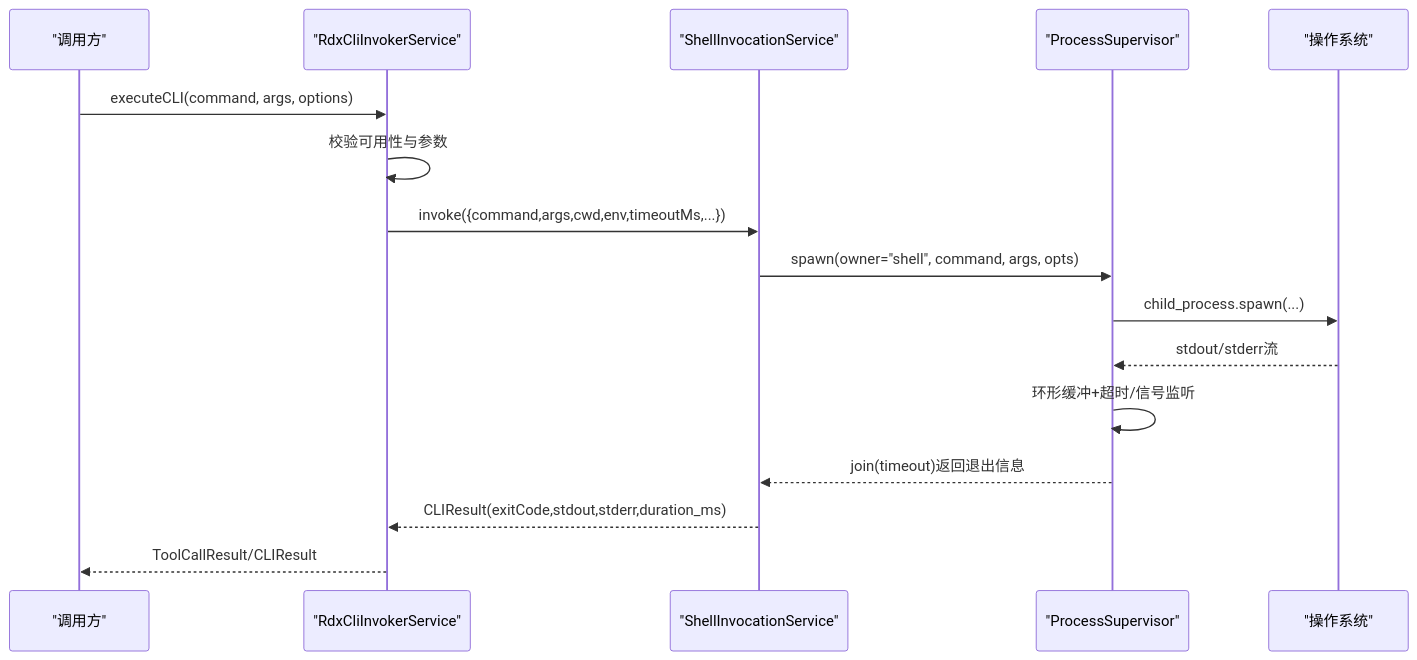
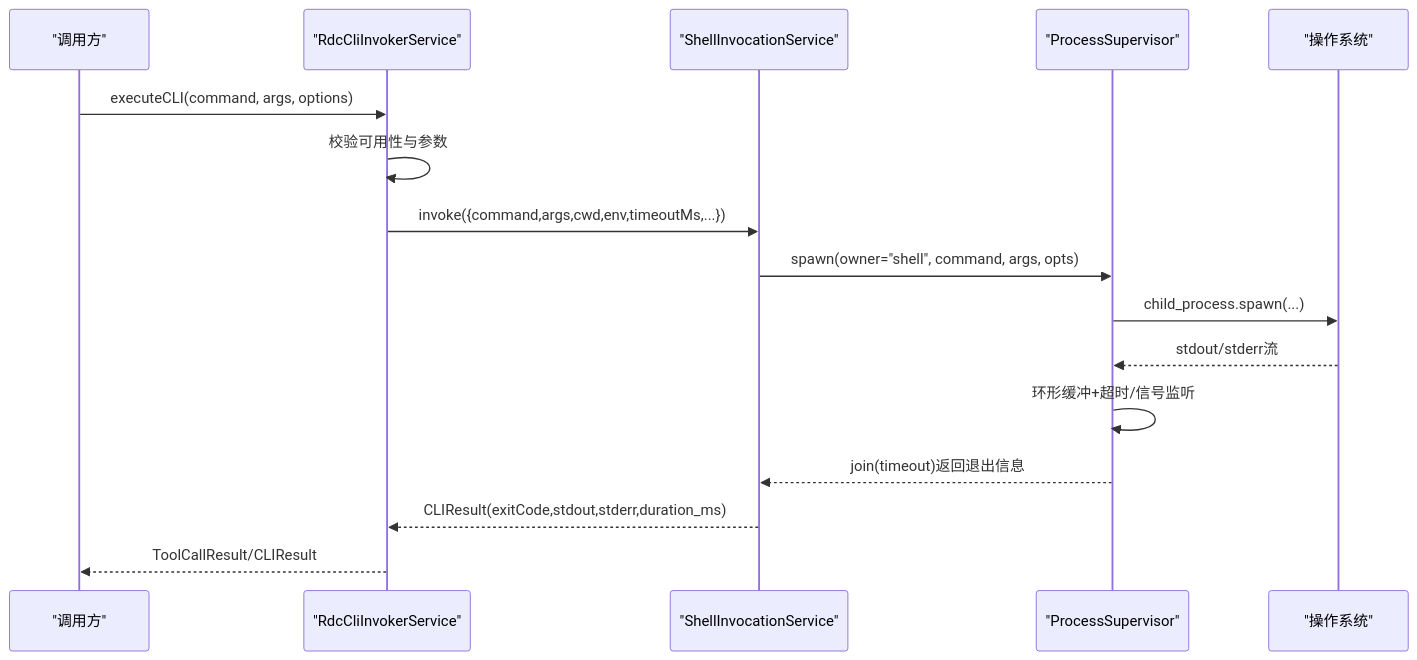
The second of 5 diagrams in .qoder/repowiki/zh/content/架构设计/核心组件设计/CLI调用器设计/Shell执行引擎.md (haolange/RDC-Agent), drawn with Mermaid before and after one commit. The commit also changed other lines of this file and 557 other files, not shown here.

First line of the commit message:
Unify RDC-Agent identity and canonical RDC-Tool integration

````diff
--- a/.qoder/repowiki/zh/content/架构设计/核心组件设计/CLI调用器设计/Shell执行引擎.md
+++ b/.qoder/repowiki/zh/content/架构设计/核心组件设计/CLI调用器设计/Shell执行引擎.md
@@ -84,18 +84,18 @@
 ```mermaid
 sequenceDiagram
 participant Caller as "调用方"
-participant RdxCli as "RdxCliInvokerService"
+participant RdcCli as "RdcCliInvokerService"
 participant ShellSvc as "ShellInvocationService"
 participant Sup as "ProcessSupervisor"
 participant OS as "操作系统"
-Caller->>RdxCli : executeCLI(command, args, options)
-RdxCli->>RdxCli : 校验可用性与参数
-RdxCli->>ShellSvc : invoke({command,args,cwd,env,timeoutMs,...})
+Caller->>RdcCli : executeCLI(command, args, options)
+RdcCli->>RdcCli : 校验可用性与参数
+RdcCli->>ShellSvc : invoke({command,args,cwd,env,timeoutMs,...})
 ShellSvc->>Sup : spawn(owner="shell", command, args, opts)
 Sup->>OS : child_process.spawn(...)
 OS-->>Sup : stdout/stderr流
 Sup->>Sup : 环形缓冲+超时/信号监听
 Sup-->>ShellSvc : join(timeout)返回退出信息
-ShellSvc-->>RdxCli : CLIResult(exitCode,stdout,stderr,duration_ms)
-RdxCli-->>Caller : ToolCallResult/CLIResult
+ShellSvc-->>RdcCli : CLIResult(exitCode,stdout,stderr,duration_ms)
+RdcCli-->>Caller : ToolCallResult/CLIResult
 ```
````
